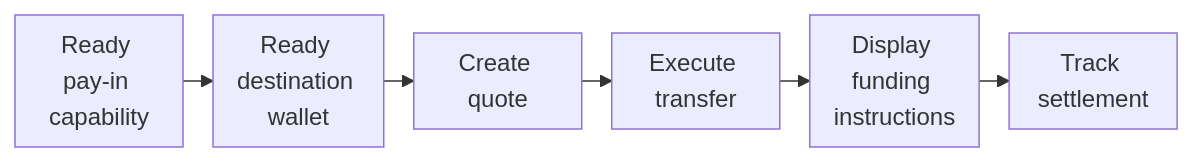
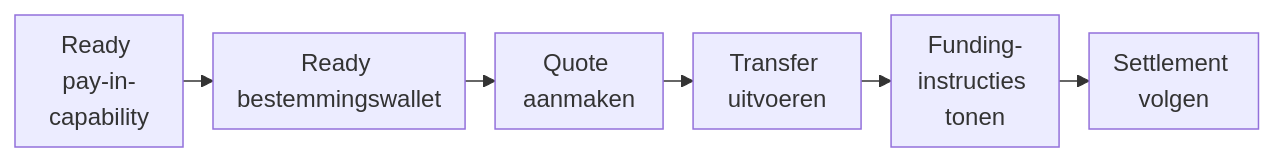
One commit to swipelux/public-docs changed the diagram in nl/integration/receive-funds.mdx. Above: the diagram before and after it, drawn with Mermaid. The commit also changed other lines of this file and 285 other files, not shown here.

````diff
--- a/nl/integration/receive-funds.mdx
+++ b/nl/integration/receive-funds.mdx
@@ -8,9 +8,9 @@
 ```mermaid
 %%{init: {"flowchart": {"rankSpacing": 20, "nodeSpacing": 16, "wrappingWidth": 80, "padding": 8}}}%%
 flowchart LR
-  A["Ready pay-in capability"] --> B["Ready destination wallet"]
-  B --> C["Create quote"]
-  C --> D["Execute transfer"]
-  D --> E["Display funding instructions"]
-  E --> F["Track settlement"]
+  A["Ready pay-in-capability"] --> B["Ready bestemmingswallet"]
+  B --> C["Quote aanmaken"]
+  C --> D["Transfer uitvoeren"]
+  D --> E["Funding-instructies tonen"]
+  E --> F["Settlement volgen"]
 ```
````
